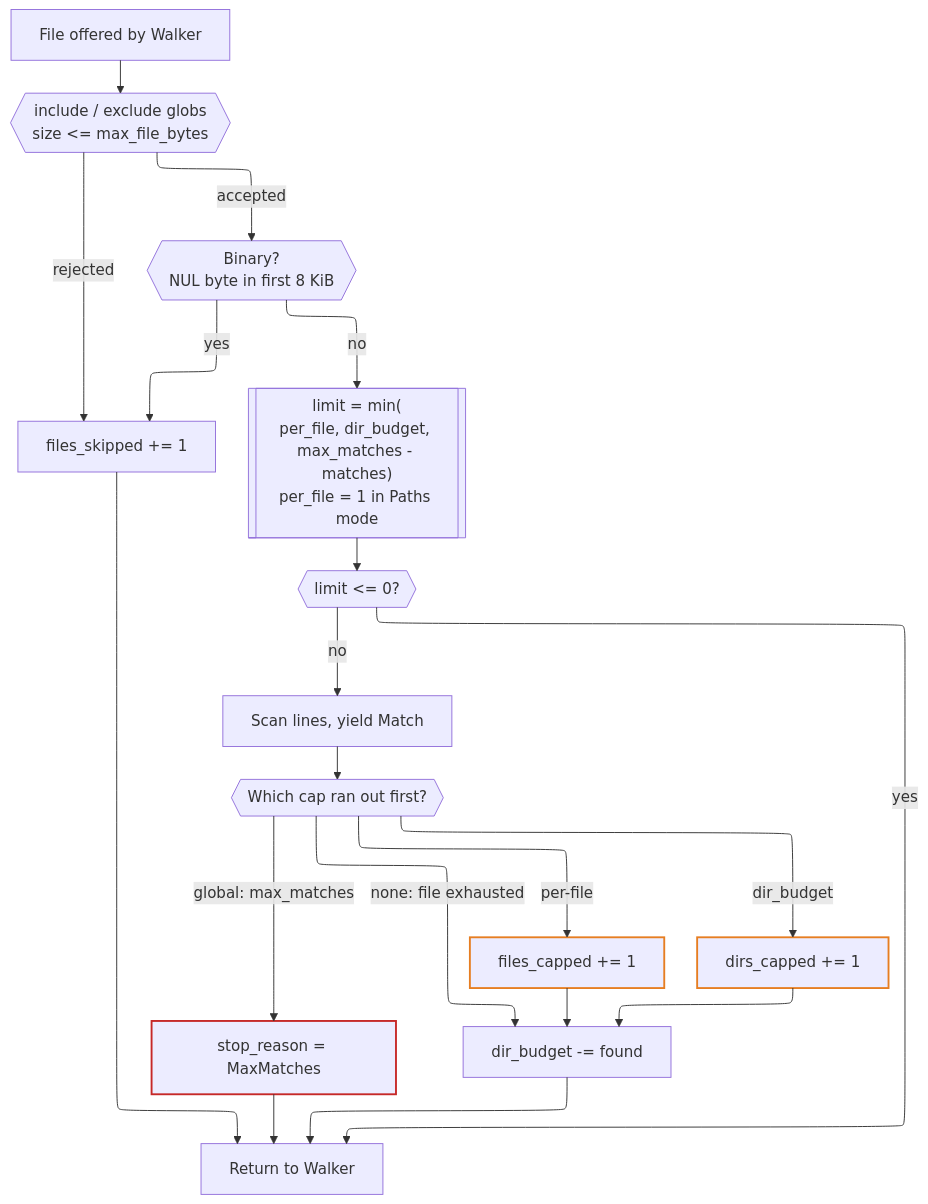
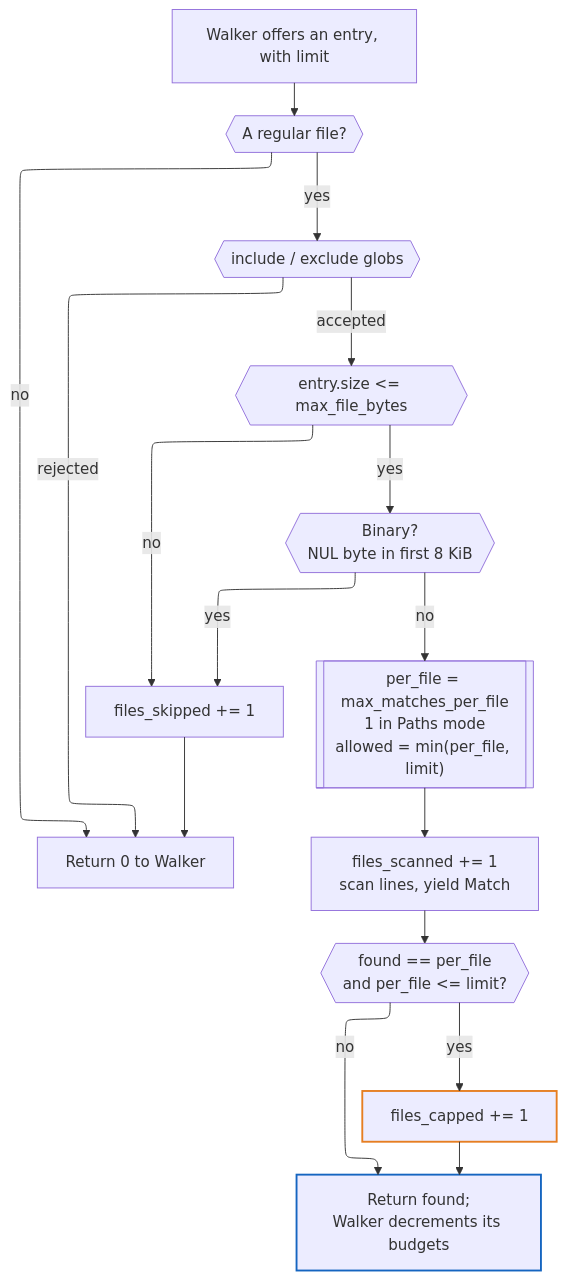
The second of 3 diagrams in DESIGN.md (nogginly/fsutils.cr), drawn with Mermaid before and after one commit. The commit also changed other lines of this file and 2 other files, not shown here.

First line of the commit message:
Rebase FsUtils::Grep onto Walker

````diff
--- a/DESIGN.md
+++ b/DESIGN.md
@@ -248,25 +261,24 @@
 ```mermaid
 ---
 config:
   layout: elk
 ---
 flowchart TD
-    A[File offered by Walker] --> B{{"include / exclude globs<br/>size <= max_file_bytes"}}
-    B -- rejected --> R[files_skipped += 1] --> Z[Return to Walker]
-    B -- accepted --> C{{"Binary?<br/>NUL byte in first 8 KiB"}}
-    C -- yes --> R
-    C -- no --> D[["limit = min(<br/>per_file, dir_budget, max_matches - matches)<br/>per_file = 1 in Paths mode"]]
-    D --> E{{"limit <= 0?"}}
-    E -- yes --> Z
-    E -- no --> F[Scan lines, yield Match]
+    A["Walker offers an entry, with limit"] --> B{{"A regular file?"}}
+    B -- no --> Z[Return 0 to Walker]
+    B -- yes --> C{{"include / exclude globs"}}
+    C -- rejected --> Z
+    C -- accepted --> D{{"entry.size <= max_file_bytes"}}
+    D -- no --> R[files_skipped += 1] --> Z
+    D -- yes --> E{{"Binary?<br/>NUL byte in first 8 KiB"}}
+    E -- yes --> R
+    E -- no --> F[["per_file = max_matches_per_file<br/>1 in Paths mode<br/>allowed = min(per_file, limit)"]]
+    F --> G[files_scanned += 1<br/>scan lines, yield Match]
 
-    F --> G{{Which cap ran out first?}}
-    G -- "global: max_matches" --> H[stop_reason = MaxMatches] --> Z
-    G -- "per-file" --> I[files_capped += 1] --> J
-    G -- "dir_budget" --> K[dirs_capped += 1] --> J
-    G -- "none: file exhausted" --> J[dir_budget -= found] --> Z
+    G --> H{{"found == per_file<br/>and per_file &lt;= limit?"}}
+    H -- yes --> I[files_capped += 1] --> Y
+    H -- no --> Y["Return found;<br/>Walker decrements its budgets"]
 
-    style H stroke:#c62828,stroke-width:2px
     style I stroke:#e67e22,stroke-width:2px
-    style K stroke:#e67e22,stroke-width:2px
+    style Y stroke:#1565c0,stroke-width:2px
 ```
````
